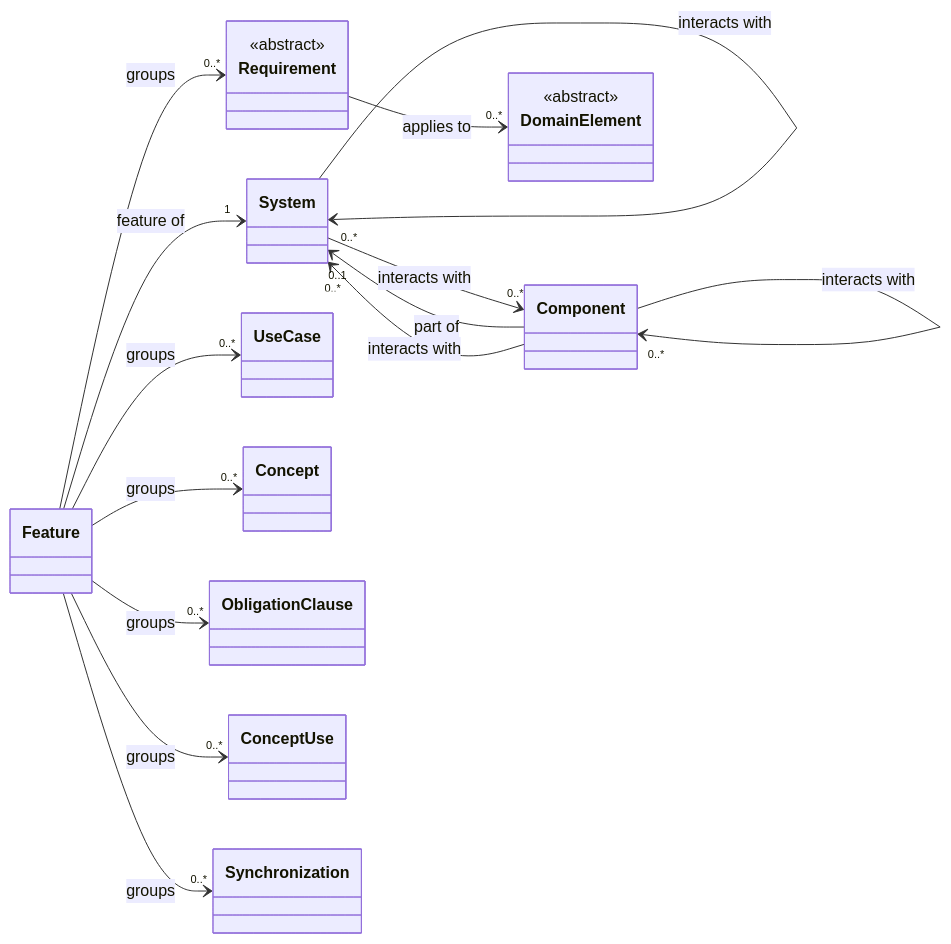
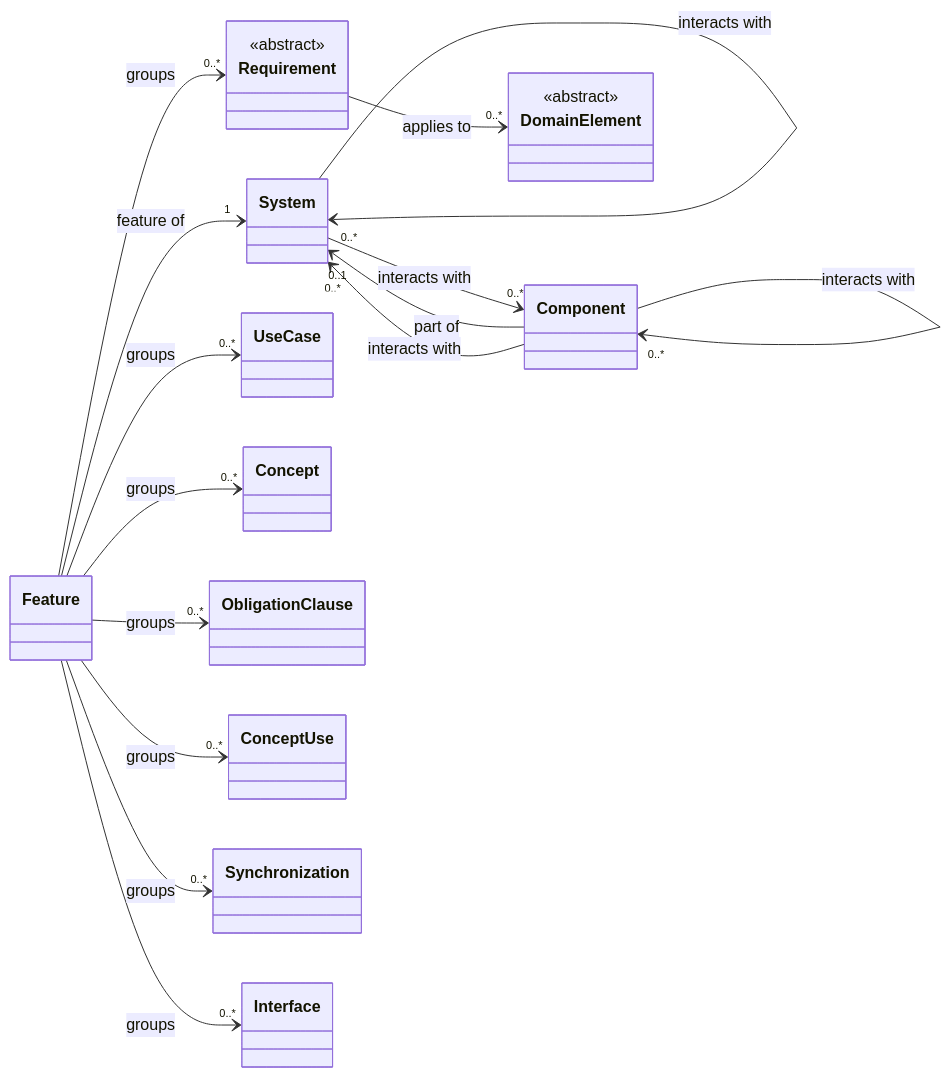
The fourth of 17 diagrams in docs/reference/model/core.md (craigsmitham/dotspec), drawn with Mermaid before and after one commit. The commit also changed other lines of this file and 39 other files, not shown here.

````diff
--- a/docs/reference/model/core.md
+++ b/docs/reference/model/core.md
@@ -56,31 +112,33 @@
 ```mermaid
 classDiagram
     direction LR
     class System
     class Component
     class Feature
     class Requirement
     <<abstract>> Requirement
     class UseCase
     class Concept
     class ObligationClause
     class ConceptUse
     class Synchronization
+    class Interface
     class DomainElement
     <<abstract>> DomainElement
     System --> "0..1" System : part of
     Component --> "0..1" System : part of
     Component --> "0..1" Component : part of
     Feature --> "1" System : feature of
     Feature --> "0..*" Requirement : groups
     Feature --> "0..*" ObligationClause : groups
     Feature --> "0..*" UseCase : groups
     Feature --> "0..*" Concept : groups
     Feature --> "0..*" ConceptUse : groups
     Feature --> "0..*" Synchronization : groups
+    Feature --> "0..*" Interface : groups
     Requirement --> "0..*" DomainElement : applies to
     System --> "0..*" System : interacts with
     System --> "0..*" Component : interacts with
     Component --> "0..*" System : interacts with
     Component --> "0..*" Component : interacts with
 ```
````
